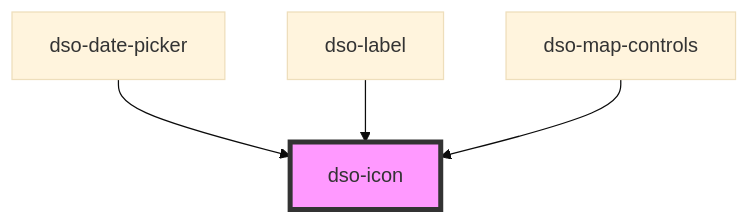
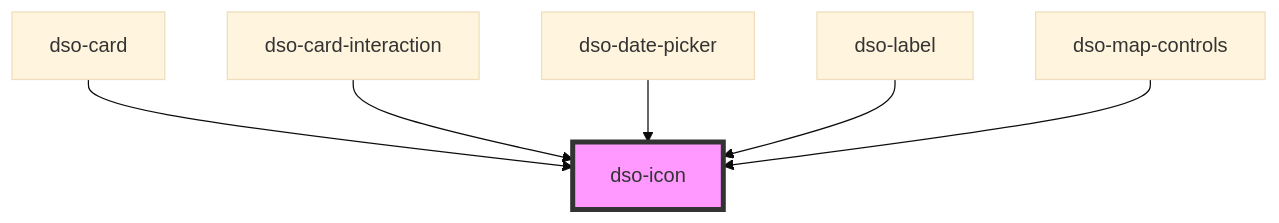
One commit to dso-toolkit/dso-toolkit changed the diagram in packages/core/src/components/icon/readme.md. Above: the diagram before and after it, drawn with Mermaid (base theme). The commit also changed other lines of this file and 7 other files, not shown here.

````diff
--- a/packages/core/src/components/icon/readme.md
+++ b/packages/core/src/components/icon/readme.md
@@ -24,7 +26,9 @@
 ```mermaid
 graph TD;
+  dso-card --> dso-icon
+  dso-card-interaction --> dso-icon
   dso-date-picker --> dso-icon
   dso-label --> dso-icon
   dso-map-controls --> dso-icon
   style dso-icon fill:#f9f,stroke:#333,stroke-width:4px
 ```
````
